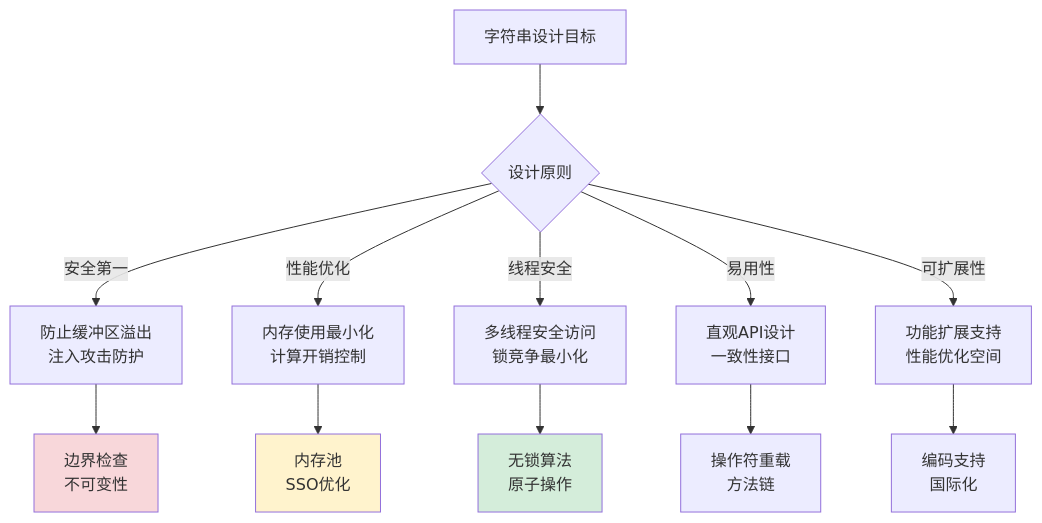
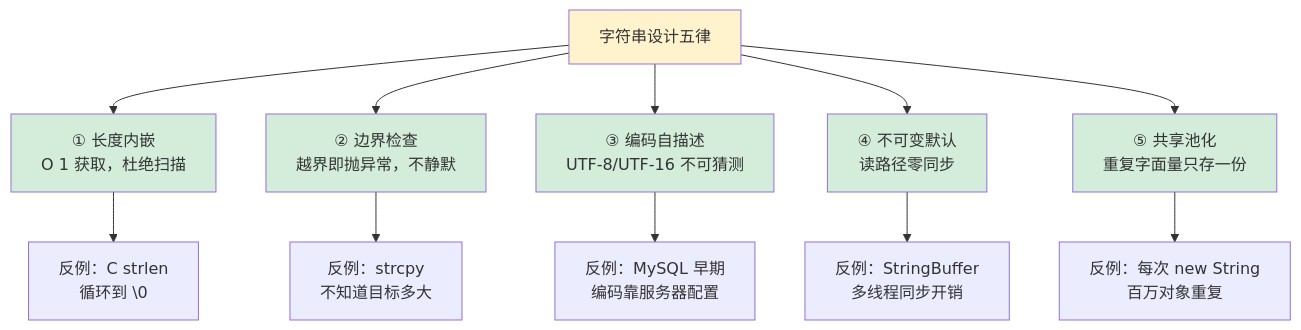
Before and after one commit to chongyang211/YCBookBlog: the third of 32 diagrams in 00.通用技术的提升/02.程序编程原理/01.字符串设计的灵魂.md, drawn with Mermaid. The commit also changed other lines of this file and 6 other files, not shown here.

````diff
--- a/00.通用技术的提升/02.程序编程原理/01.字符串设计的灵魂.md
+++ b/00.通用技术的提升/02.程序编程原理/01.字符串设计的灵魂.md
@@ -116,19 +164,21 @@
 ```mermaid
 flowchart TD
-    A[字符串设计目标] --> B{设计原则}
-    B -->|安全第一| C[防止缓冲区溢出<br/>注入攻击防护]
-    B -->|性能优化| D[内存使用最小化<br/>计算开销控制]
-    B -->|线程安全| E[多线程安全访问<br/>锁竞争最小化]
-    B -->|易用性| F[直观API设计<br/>一致性接口]
-    B -->|可扩展性| G[功能扩展支持<br/>性能优化空间]
-    
-    C --> H[边界检查<br/>不可变性]
-    D --> I[内存池<br/>SSO优化]
-    E --> J[无锁算法<br/>原子操作]
-    F --> K[操作符重载<br/>方法链]
-    G --> L[编码支持<br/>国际化]
-    
-    style H fill:#f8d7da
-    style I fill:#fff3cd
-    style J fill:#d4edda
+    A[字符串设计五律] --> B[① 长度内嵌<br/>O 1 获取，杜绝扫描]
+    A --> C[② 边界检查<br/>越界即抛异常，不静默]
+    A --> D[③ 编码自描述<br/>UTF-8/UTF-16 不可猜测]
+    A --> E[④ 不可变默认<br/>读路径零同步]
+    A --> F[⑤ 共享池化<br/>重复字面量只存一份]
+
+    B --> B1[反例：C strlen<br/>循环到 \0]
+    C --> C1[反例：strcpy<br/>不知道目标多大]
+    D --> D1[反例：MySQL 早期<br/>编码靠服务器配置]
+    E --> E1[反例：StringBuffer<br/>多线程同步开销]
+    F --> F1[反例：每次 new String<br/>百万对象重复]
+
+    style A fill:#fff3cd
+    style B fill:#d4edda
+    style C fill:#d4edda
+    style D fill:#d4edda
+    style E fill:#d4edda
+    style F fill:#d4edda
 ```
````
